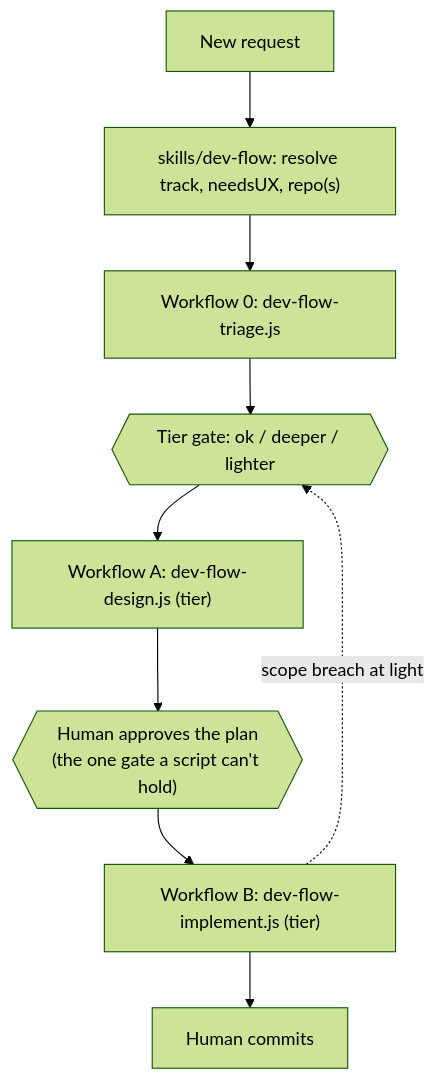
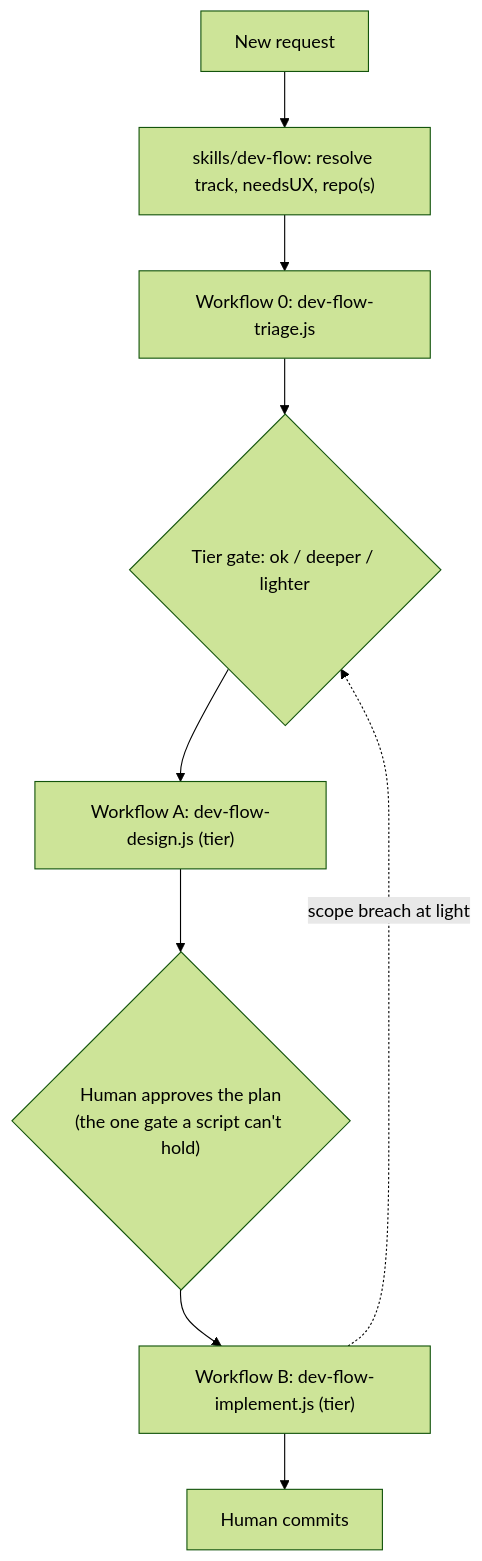
Before and after one commit to addit-digital/addit-harness: the first of 4 diagrams in site/_docs/dev-flow.md, drawn with Mermaid (forest theme). The commit also changed other lines of this file and 25 other files, not shown here.

````diff
--- a/site/_docs/dev-flow.md
+++ b/site/_docs/dev-flow.md
@@ -26,11 +27,11 @@
 ```mermaid
 flowchart TD
     A[New request] --> S1["skills/dev-flow: resolve track, needsUX, repo(s)"]
     S1 --> W0["Workflow 0: dev-flow-triage.js"]
-    W0 --> TG{{"Tier gate: ok / deeper / lighter"}}
+    W0 --> TG{"Tier gate: ok / deeper / lighter"}
     TG --> WA["Workflow A: dev-flow-design.js (tier)"]
-    WA --> G{{"Human approves the plan\n(the one gate a script can't hold)"}}
+    WA --> G{"Human approves the plan\n(the one gate a script can't hold)"}
     G --> WB["Workflow B: dev-flow-implement.js (tier)"]
     WB -. "scope breach at light" .-> TG
     WB --> C[Human commits]
 ```
````
